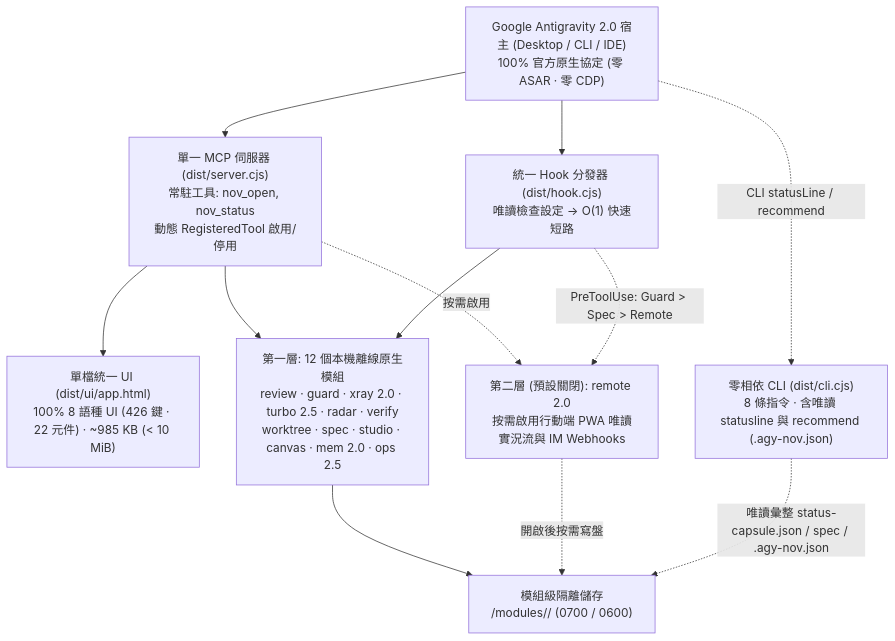
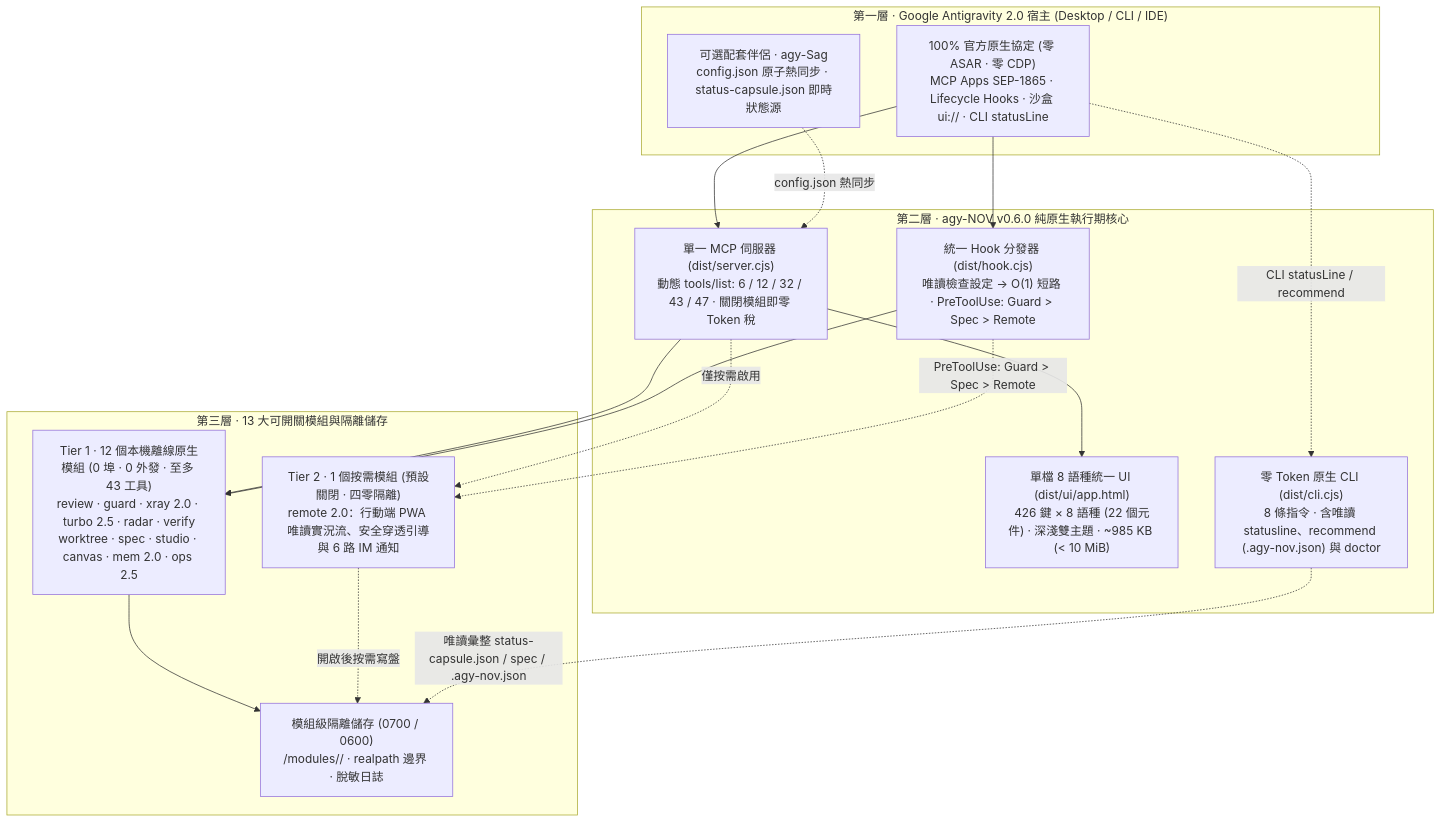
The diagram in docs/i18n/README.zh-TW.md (tone-leh/agy-NOV), drawn with Mermaid before and after one commit. The commit also changed other lines of this file and 11 other files, not shown here.

Commit message:
docs(readme): replace stale English hero/architecture SVGs with native localized Mermaid diagrams across all 8 locales

````diff
--- a/docs/i18n/README.zh-TW.md
+++ b/docs/i18n/README.zh-TW.md
@@ -224,23 +207,33 @@
 ```mermaid
 flowchart TB
-  Host["Google Antigravity 2.0 宿主 (Desktop / CLI / IDE)\n100% 官方原生協定 (零 ASAR · 零 CDP)"]
-  MCP["單一 MCP 伺服器 (dist/server.cjs)\n常駐工具: nov_open, nov_status\n動態 RegisteredTool 啟用/停用"]
-  UI["單檔統一 UI (dist/ui/app.html)\n100% 8 語種 UI (426 鍵 · 22 元件) · ~985 KB (< 10 MiB)"]
-  Hook["統一 Hook 分發器 (dist/hook.cjs)\n唯讀檢查設定 -> O(1) 快速短路"]
-  CLI["零相依 CLI (dist/cli.cjs)\n8 條指令 · 含唯讀 statusline 與 recommend (.agy-nov.json)"]
-  Store["模組級隔離儲存\n<dataDir>/modules/<id>/ (0700 / 0600)"]
-  T1["第一層: 12 個本機離線原生模組\nreview · guard · xray 2.0 · turbo 2.5 · radar · verify\nworktree · spec · studio · canvas · mem 2.0 · ops 2.5"]
-  T2R["第二層 (預設關閉): remote 2.0\n按需啟用行動端 PWA 唯讀實況流與 IM Webhooks"]
+  subgraph L1["第一層 · Google Antigravity 2.0 宿主 (Desktop / CLI / IDE)"]
+    Host["100% 官方原生協定 (零 ASAR · 零 CDP)\nMCP Apps SEP-1865 · Lifecycle Hooks · 沙盒 ui:// · CLI statusLine"]
+    Sag["可選配套伴侶 · agy-Sag\nconfig.json 原子熱同步 · status-capsule.json 即時狀態源"]
+  end
+
+  subgraph L2["第二層 · agy-NOV v0.6.0 純原生執行期核心"]
+    MCP["單一 MCP 伺服器 (dist/server.cjs)\n動態 tools/list: 6 / 12 / 32 / 43 / 47 · 關閉模組即零 Token 稅"]
+    Hook["統一 Hook 分發器 (dist/hook.cjs)\n唯讀檢查設定 -> O(1) 短路 · PreToolUse: Guard > Spec > Remote"]
+    UI["單檔 8 語種統一 UI (dist/ui/app.html)\n426 鍵 × 8 語種 (22 個元件) · 深淺雙主題 · ~985 KB (< 10 MiB)"]
+    CLI["零 Token 原生 CLI (dist/cli.cjs)\n8 條指令 · 含唯讀 statusline、recommend (.agy-nov.json) 與 doctor"]
+  end
+
+  subgraph L3["第三層 · 13 大可開關模組與隔離儲存"]
+    T1["Tier 1 · 12 個本機離線原生模組 (0 埠 · 0 外發 · 至多 43 工具)\nreview · guard · xray 2.0 · turbo 2.5 · radar · verify\nworktree · spec · studio · canvas · mem 2.0 · ops 2.5"]
+    T2R["Tier 2 · 1 個按需模組 (預設關閉 · 四零隔離)\nremote 2.0：行動端 PWA 唯讀實況流、安全穿透引導與 6 路 IM 通知"]
+    Store["模組級隔離儲存 (0700 / 0600)\n<dataDir>/modules/<id>/ · realpath 邊界 · 脫敏日誌"]
+  end
 
   Host --> MCP
   Host --> Hook
   Host -. "CLI statusLine / recommend" .-> CLI
+  Sag -. "config.json 熱同步" .-> MCP
   MCP --> UI
   MCP --> T1
-  MCP -. "按需啟用" .-> T2R
+  MCP -. "僅按需啟用" .-> T2R
   Hook --> T1
   Hook -. "PreToolUse: Guard > Spec > Remote" .-> T2R
   T1 --> Store
   T2R -. "開啟後按需寫盤" .-> Store
   CLI -. "唯讀彙整 status-capsule.json / spec / .agy-nov.json" .-> Store
 ```
````
